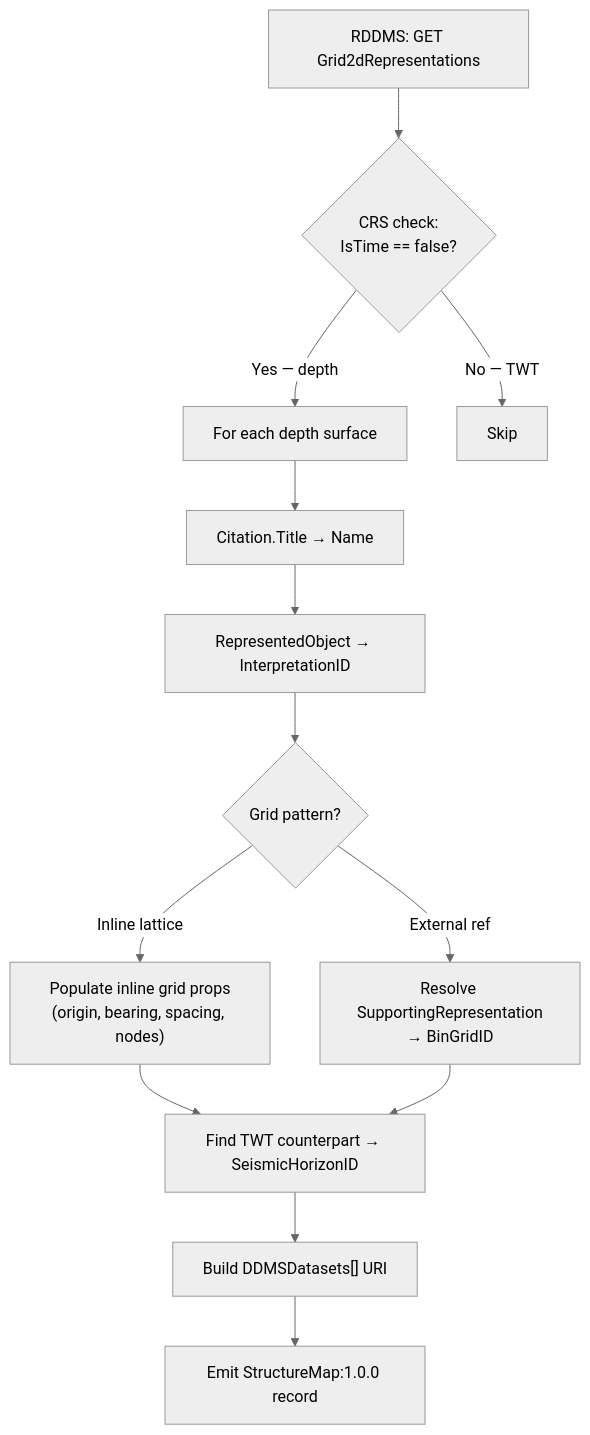
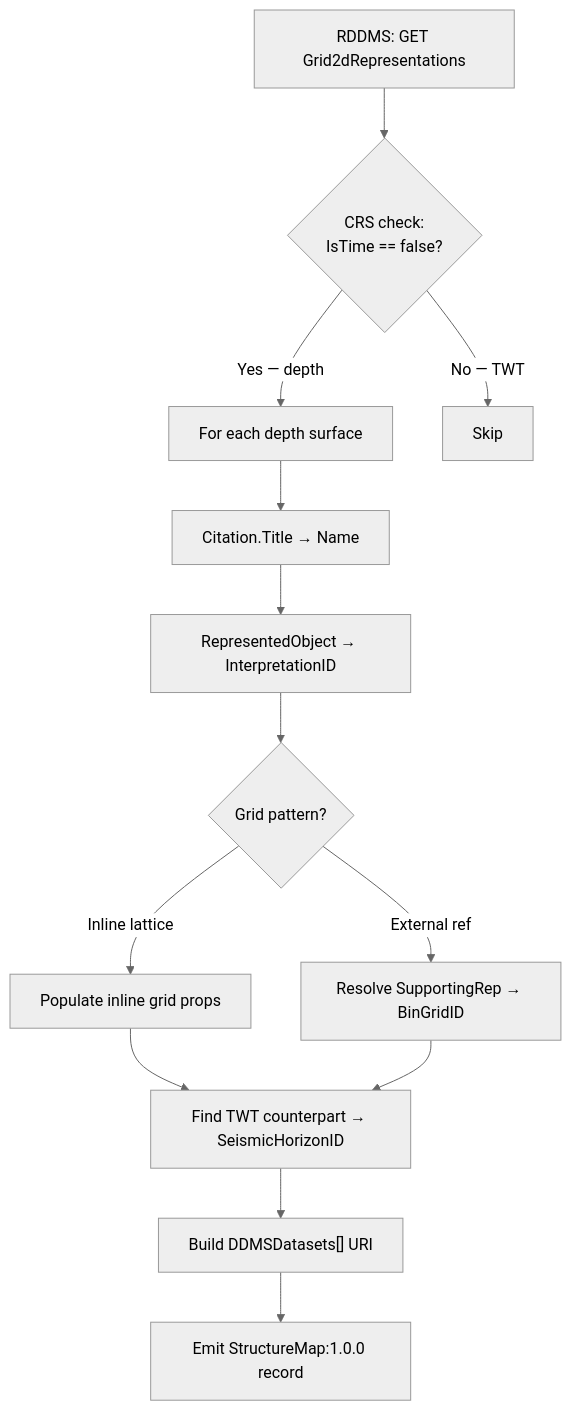
Before and after one commit to marcusapel/ores: the fifth of 8 diagrams in md/SeisInt.md, drawn with Mermaid (neutral theme). The commit also changed other lines of this file and 36 other files, not shown here.

````diff
--- a/md/SeisInt.md
+++ b/md/SeisInt.md
@@ -741,15 +294,15 @@
 ```mermaid
 flowchart TD
     A["RDDMS: GET Grid2dRepresentations"] --> B{"CRS check:\nIsTime == false?"}
     B -->|Yes — depth| C["For each depth surface"]
     B -->|No — TWT| skip[Skip]
     C --> D["Citation.Title → Name"]
     D --> E["RepresentedObject → InterpretationID"]
     E --> F{"Grid pattern?"}
-    F -->|Inline lattice| G["Populate inline grid props\n(origin, bearing, spacing, nodes)"]
-    F -->|External ref| H["Resolve SupportingRepresentation\n→ BinGridID"]
+    F -->|Inline lattice| G["Populate inline grid props"]
+    F -->|External ref| H["Resolve SupportingRep → BinGridID"]
     G --> I["Find TWT counterpart → SeismicHorizonID"]
     H --> I
     I --> J["Build DDMSDatasets[] URI"]
     J --> K["Emit StructureMap:1.0.0 record"]
 ```
````
